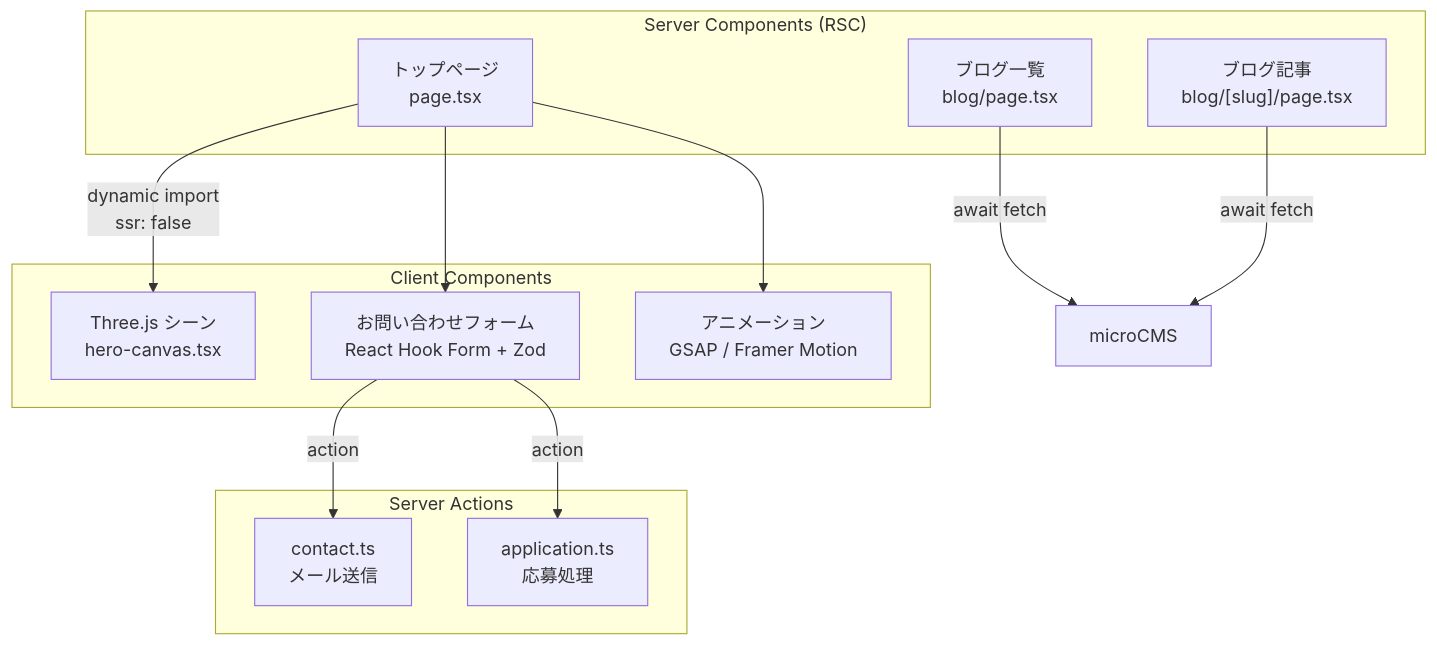
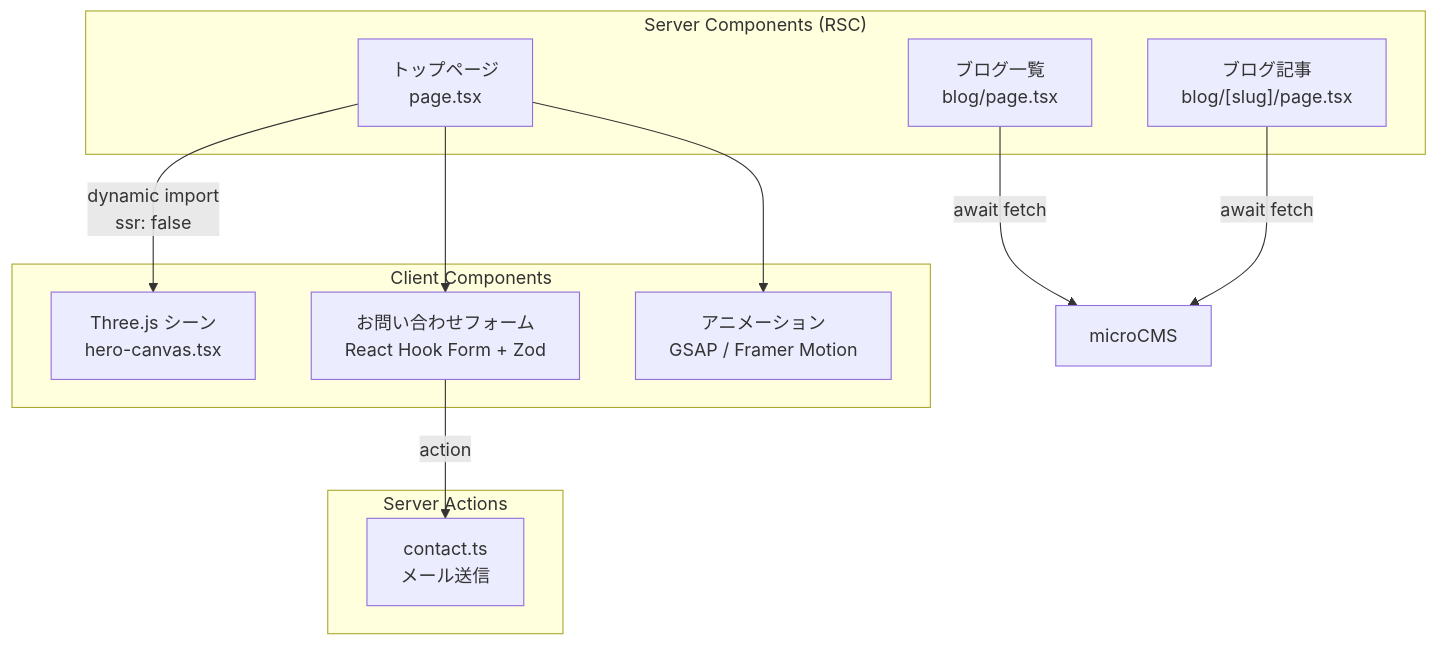
Before and after one commit to hy-tanebi/corporate-app: the second of 2 diagrams in README.md, drawn with Mermaid. The commit also changed other lines of this file, not shown here.

````diff
--- a/README.md
+++ b/README.md
@@ -222,27 +210,25 @@
 ```mermaid
 graph TB
     subgraph Server["Server Components (RSC)"]
         TopPage["トップページ<br/>page.tsx"]
         BlogList["ブログ一覧<br/>blog/page.tsx"]
         BlogPost["ブログ記事<br/>blog/[slug]/page.tsx"]
     end
 
     subgraph Client["Client Components"]
         ThreeJS["Three.js シーン<br/>hero-canvas.tsx"]
         Form["お問い合わせフォーム<br/>React Hook Form + Zod"]
         Animations["アニメーション<br/>GSAP / Framer Motion"]
     end
 
     subgraph Actions["Server Actions"]
         Contact["contact.ts<br/>メール送信"]
-        Application["application.ts<br/>応募処理"]
     end
 
     TopPage -->|"dynamic import<br/>ssr: false"| ThreeJS
     TopPage --> Animations
     TopPage --> Form
     Form -->|"action"| Contact
-    Form -->|"action"| Application
     BlogList -->|"await fetch"| CMS["microCMS"]
     BlogPost -->|"await fetch"| CMS
 ```
````
